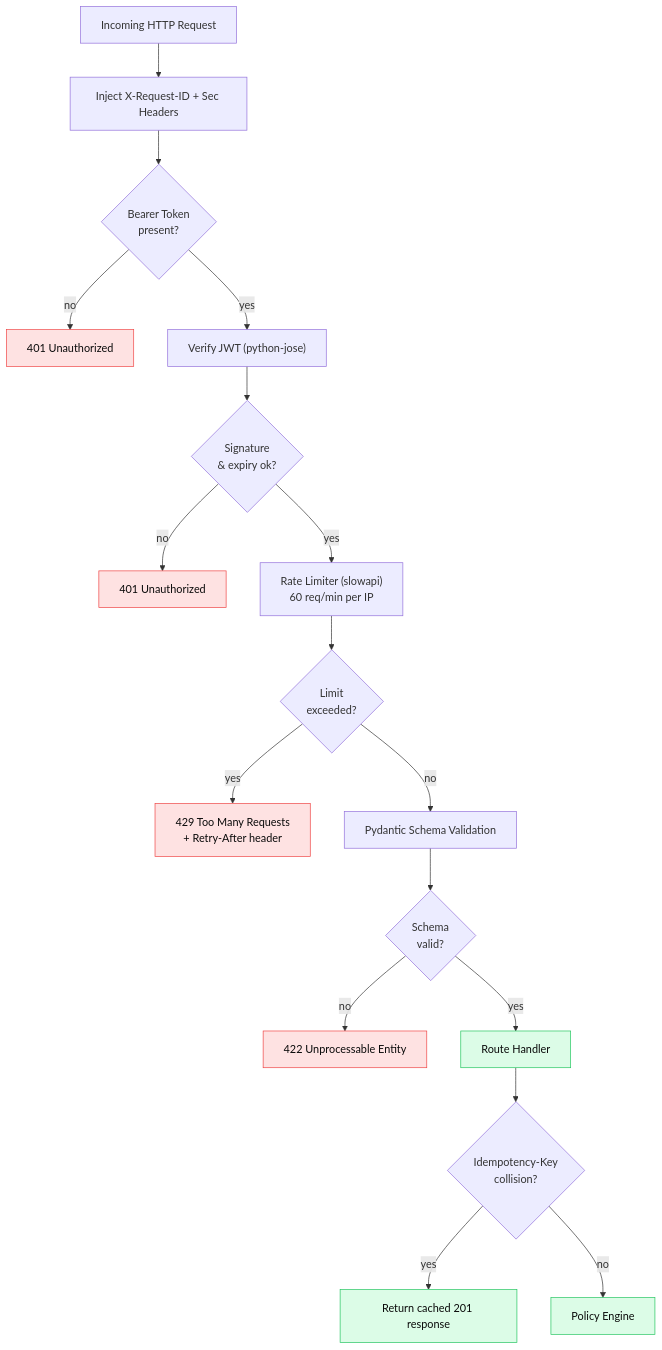
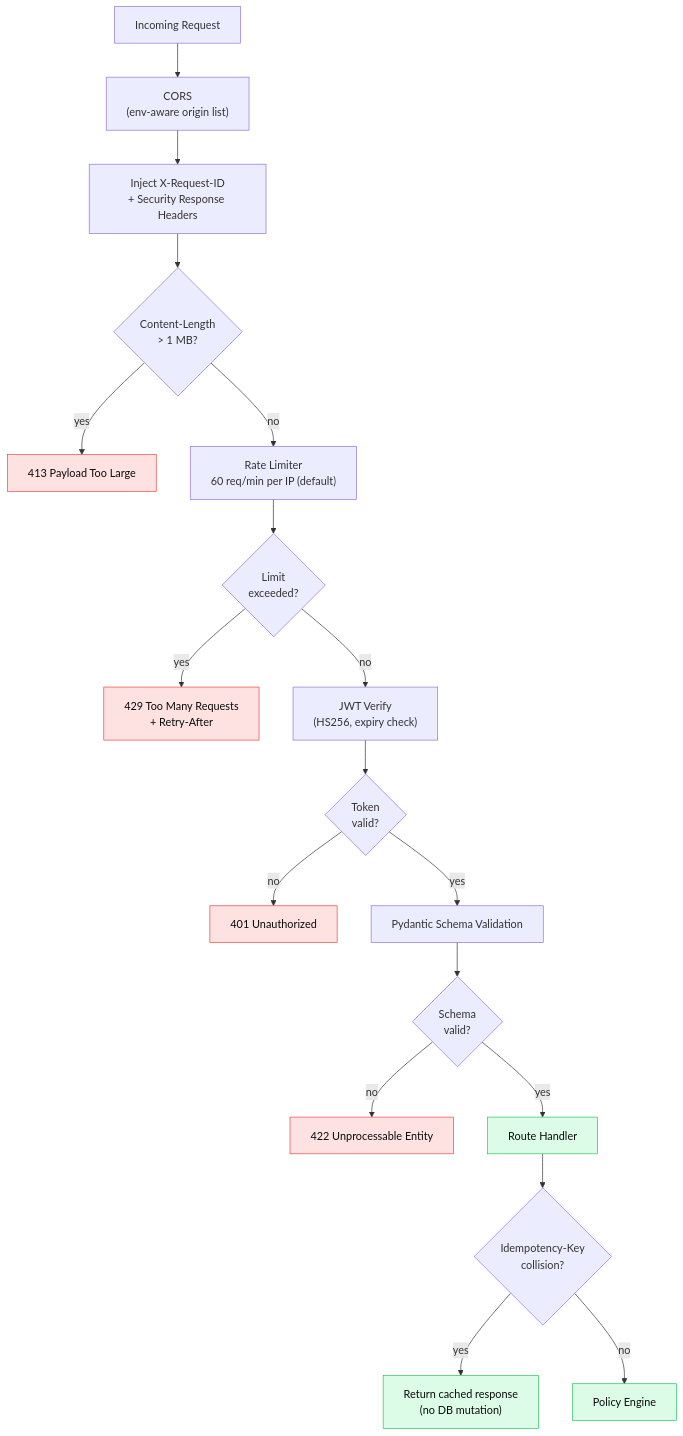
The ninth of 11 diagrams in README.md (simply-mihir/AgentSetu), drawn with Mermaid before and after one commit. The commit also changed other lines of this file and 1 other file, not shown here.

````diff
--- a/README.md
+++ b/README.md
@@ -528,29 +792,25 @@
 ```mermaid
 flowchart TD
-    Req["Incoming HTTP Request"] --> Header["Inject X-Request-ID + Sec Headers"]
-    Header --> JWT{Bearer Token\npresent?}
+    Req["Incoming Request"] --> CORS["CORS\n(env-aware origin list)"]
+    CORS --> RID["Inject X-Request-ID\n+ Security Response Headers"]
+    RID --> SIZE{"Content-Length\n> 1 MB?"}
+    SIZE -- yes --> E413["413 Payload Too Large"]
+    SIZE -- no --> RL["Rate Limiter\n60 req/min per IP (default)"]
+    RL --> RLCheck{"Limit\nexceeded?"}
+    RLCheck -- yes --> E429["429 Too Many Requests\n+ Retry-After"]
+    RLCheck -- no --> JWT["JWT Verify\n(HS256, expiry check)"]
+    JWT --> JWTCheck{"Token\nvalid?"}
+    JWTCheck -- no --> E401["401 Unauthorized"]
+    JWTCheck -- yes --> Pydantic["Pydantic Schema Validation"]
+    Pydantic --> PydCheck{"Schema\nvalid?"}
+    PydCheck -- no --> E422["422 Unprocessable Entity"]
+    PydCheck -- yes --> Handler["Route Handler"]
+    Handler --> Idem{"Idempotency-Key\ncollision?"}
+    Idem -- yes --> Replay["Return cached response\n(no DB mutation)"]
+    Idem -- no --> Policy["Policy Engine"]
 
-    JWT -- no --> P401["401 Unauthorized"]
-    JWT -- yes --> Verify["Verify JWT (python-jose)"]
-    Verify --> Valid{Signature\n& expiry ok?}
-
-    Valid -- no --> P401b["401 Unauthorized"]
-    Valid -- yes --> RL["Rate Limiter (slowapi)\n60 req/min per IP"]
-
-    RL --> Exceeded{Limit\nexceeded?}
-    Exceeded -- yes --> P429["429 Too Many Requests\n+ Retry-After header"]
-    Exceeded -- no --> Input["Pydantic Schema Validation"]
-
-    Input --> InputOk{Schema\nvalid?}
-    InputOk -- no --> P422["422 Unprocessable Entity"]
-    InputOk -- yes --> Handler["Route Handler"]
-
-    Handler --> Idempotency{Idempotency-Key\ncollision?}
-    Idempotency -- yes --> Replay["Return cached 201 response"]
-    Idempotency -- no --> Policy["Policy Engine"]
-
-    classDef errNode fill:#fee2e2,stroke:#ef4444,color:#0a0a0a
-    classDef okNode fill:#dcfce7,stroke:#22c55e,color:#0a0a0a
-    class P401,P401b,P422,P429 errNode
-    class Handler,Policy,Replay okNode
+    classDef err fill:#fee2e2,stroke:#ef4444,color:#0a0a0a
+    classDef ok fill:#dcfce7,stroke:#22c55e,color:#0a0a0a
+    class E413,E429,E401,E422 err
+    class Handler,Policy,Replay ok
 ```
````
